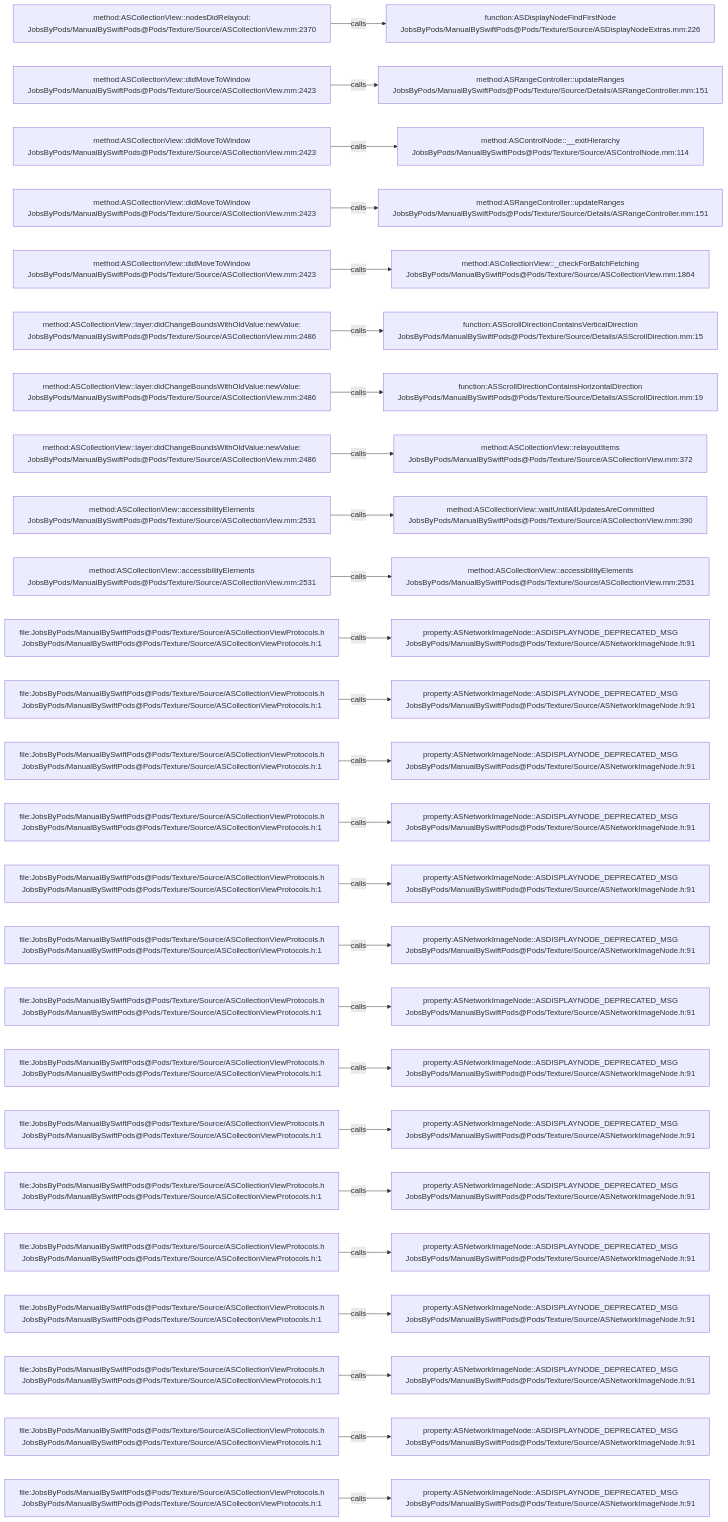
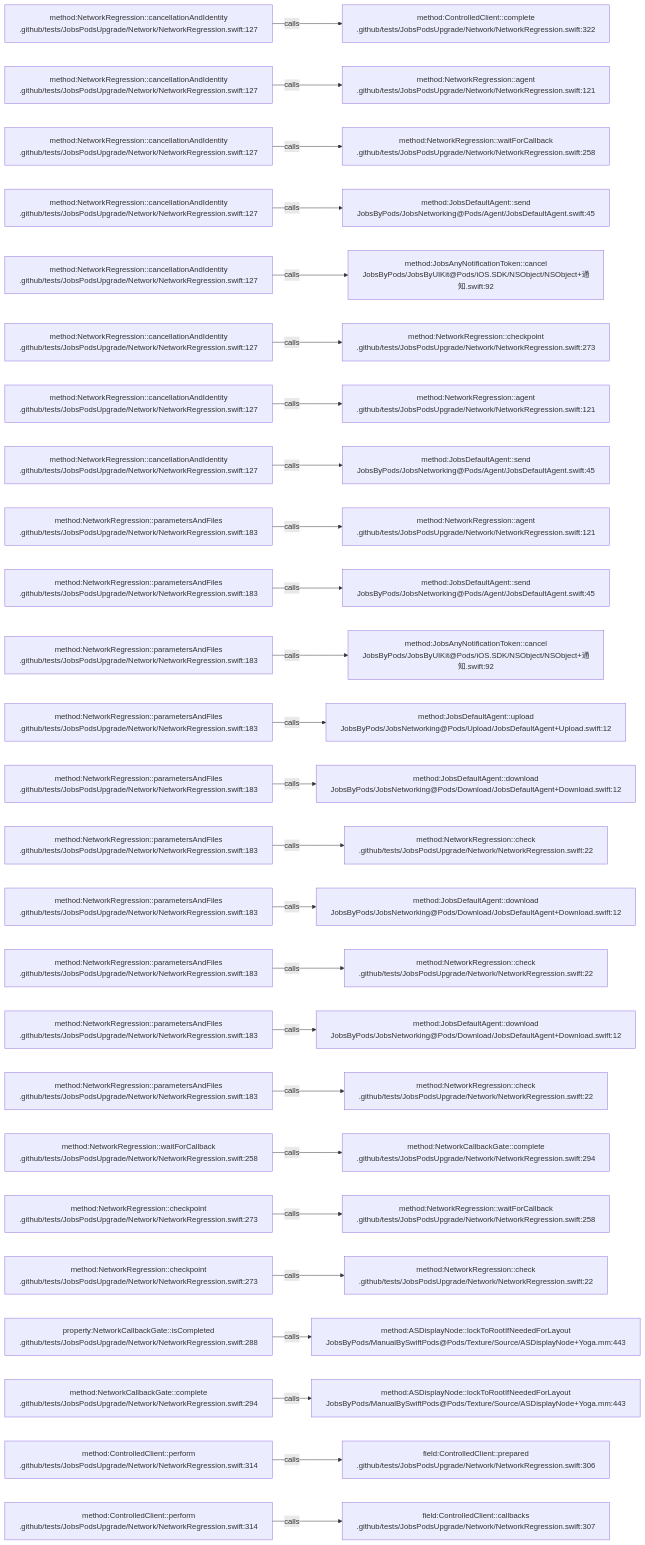
Before and after one commit to JobsKits/JobsSwiftBaseConfigDemo: the diagram in .codegraph/codegraph.md/graphs/calls-015.md, drawn with Mermaid. The commit also changed 224 other files, not shown here.

````diff
--- a/.codegraph/codegraph.md/graphs/calls-015.md
+++ b/.codegraph/codegraph.md/graphs/calls-015.md
@@ -13,78 +13,78 @@
 ```mermaid
 flowchart LR
-  S1["method:ASCollectionView::nodesDidRelayout:<br/>JobsByPods/ManualBySwiftPods@Pods/Texture/Source/ASCollectionView.mm:2370"]
-  T1["function:ASDisplayNodeFindFirstNode<br/>JobsByPods/ManualBySwiftPods@Pods/Texture/Source/ASDisplayNodeExtras.mm:226"]
+  S1["method:NetworkRegression::cancellationAndIdentity<br/>.github/tests/JobsPodsUpgrade/Network/NetworkRegression.swift:127"]
+  T1["method:ControlledClient::complete<br/>.github/tests/JobsPodsUpgrade/Network/NetworkRegression.swift:322"]
   S1 -->|calls| T1
-  S2["method:ASCollectionView::didMoveToWindow<br/>JobsByPods/ManualBySwiftPods@Pods/Texture/Source/ASCollectionView.mm:2423"]
-  T2["method:ASRangeController::updateRanges<br/>JobsByPods/ManualBySwiftPods@Pods/Texture/Source/Details/ASRangeController.mm:151"]
+  S2["method:NetworkRegression::cancellationAndIdentity<br/>.github/tests/JobsPodsUpgrade/Network/NetworkRegression.swift:127"]
+  T2["method:NetworkRegression::agent<br/>.github/tests/JobsPodsUpgrade/Network/NetworkRegression.swift:121"]
   S2 -->|calls| T2
-  S3["method:ASCollectionView::didMoveToWindow<br/>JobsByPods/ManualBySwiftPods@Pods/Texture/Source/ASCollectionView.mm:2423"]
-  T3["method:ASControlNode::__exitHierarchy<br/>JobsByPods/ManualBySwiftPods@Pods/Texture/Source/ASControlNode.mm:114"]
+  S3["method:NetworkRegression::cancellationAndIdentity<br/>.github/tests/JobsPodsUpgrade/Network/NetworkRegression.swift:127"]
+  T3["method:NetworkRegression::waitForCallback<br/>.github/tests/JobsPodsUpgrade/Network/NetworkRegression.swift:258"]
   S3 -->|calls| T3
-  S4["method:ASCollectionView::didMoveToWindow<br/>JobsByPods/ManualBySwiftPods@Pods/Texture/Source/ASCollectionView.mm:2423"]
-  T4["method:ASRangeController::updateRanges<br/>JobsByPods/ManualBySwiftPods@Pods/Texture/Source/Details/ASRangeController.mm:151"]
+  S4["method:NetworkRegression::cancellationAndIdentity<br/>.github/tests/JobsPodsUpgrade/Network/NetworkRegression.swift:127"]
+  T4["method:JobsDefaultAgent::send<br/>JobsByPods/JobsNetworking@Pods/Agent/JobsDefaultAgent.swift:45"]
   S4 -->|calls| T4
-  S5["method:ASCollectionView::didMoveToWindow<br/>JobsByPods/ManualBySwiftPods@Pods/Texture/Source/ASCollectionView.mm:2423"]
-  T5["method:ASCollectionView::_checkForBatchFetching<br/>JobsByPods/ManualBySwiftPods@Pods/Texture/Source/ASCollectionView.mm:1864"]
+  S5["method:NetworkRegression::cancellationAndIdentity<br/>.github/tests/JobsPodsUpgrade/Network/NetworkRegression.swift:127"]
+  T5["method:JobsAnyNotificationToken::cancel<br/>JobsByPods/JobsByUIKit@Pods/iOS.SDK/NSObject/NSObject+通知.swift:92"]
   S5 -->|calls| T5
-  S6["method:ASCollectionView::layer:didChangeBoundsWithOldValue:newValue:<br/>JobsByPods/ManualBySwiftPods@Pods/Texture/Source/ASCollectionView.mm:2486"]
-  T6["function:ASScrollDirectionContainsVerticalDirection<br/>JobsByPods/ManualBySwiftPods@Pods/Texture/Source/Details/ASScrollDirection.mm:15"]
+  S6["method:NetworkRegression::cancellationAndIdentity<br/>.github/tests/JobsPodsUpgrade/Network/NetworkRegression.swift:127"]
+  T6["method:NetworkRegression::checkpoint<br/>.github/tests/JobsPodsUpgrade/Network/NetworkRegression.swift:273"]
   S6 -->|calls| T6
-  S7["method:ASCollectionView::layer:didChangeBoundsWithOldValue:newValue:<br/>JobsByPods/ManualBySwiftPods@Pods/Texture/Source/ASCollectionView.mm:2486"]
-  T7["function:ASScrollDirectionContainsHorizontalDirection<br/>JobsByPods/ManualBySwiftPods@Pods/Texture/Source/Details/ASScrollDirection.mm:19"]
+  S7["method:NetworkRegression::cancellationAndIdentity<br/>.github/tests/JobsPodsUpgrade/Network/NetworkRegression.swift:127"]
+  T7["method:NetworkRegression::agent<br/>.github/tests/JobsPodsUpgrade/Network/NetworkRegression.swift:121"]
   S7 -->|calls| T7
-  S8["method:ASCollectionView::layer:didChangeBoundsWithOldValue:newValue:<br/>JobsByPods/ManualBySwiftPods@Pods/Texture/Source/ASCollectionView.mm:2486"]
-  T8["method:ASCollectionView::relayoutItems<br/>JobsByPods/ManualBySwiftPods@Pods/Texture/Source/ASCollectionView.mm:372"]
+  S8["method:NetworkRegression::cancellationAndIdentity<br/>.github/tests/JobsPodsUpgrade/Network/NetworkRegression.swift:127"]
+  T8["method:JobsDefaultAgent::send<br/>JobsByPods/JobsNetworking@Pods/Agent/JobsDefaultAgent.swift:45"]
   S8 -->|calls| T8
-  S9["method:ASCollectionView::accessibilityElements<br/>JobsByPods/ManualBySwiftPods@Pods/Texture/Source/ASCollectionView.mm:2531"]
-  T9["method:ASCollectionView::waitUntilAllUpdatesAreCommitted<br/>JobsByPods/ManualBySwiftPods@Pods/Texture/Source/ASCollectionView.mm:390"]
+  S9["method:NetworkRegression::parametersAndFiles<br/>.github/tests/JobsPodsUpgrade/Network/NetworkRegression.swift:183"]
+  T9["method:NetworkRegression::agent<br/>.github/tests/JobsPodsUpgrade/Network/NetworkRegression.swift:121"]
   S9 -->|calls| T9
-  S10["method:ASCollectionView::accessibilityElements<br/>JobsByPods/ManualBySwiftPods@Pods/Texture/Source/ASCollectionView.mm:2531"]
-  T10["method:ASCollectionView::accessibilityElements<br/>JobsByPods/ManualBySwiftPods@Pods/Texture/Source/ASCollectionView.mm:2531"]
+  S10["method:NetworkRegression::parametersAndFiles<br/>.github/tests/JobsPodsUpgrade/Network/NetworkRegression.swift:183"]
+  T10["method:JobsDefaultAgent::send<br/>JobsByPods/JobsNetworking@Pods/Agent/JobsDefaultAgent.swift:45"]
   S10 -->|calls| T10
-  S11["file:JobsByPods/ManualBySwiftPods@Pods/Texture/Source/ASCollectionViewProtocols.h<br/>JobsByPods/ManualBySwiftPods@Pods/Texture/Source/ASCollectionViewProtocols.h:1"]
-  T11["property:ASNetworkImageNode::ASDISPLAYNODE_DEPRECATED_MSG<br/>JobsByPods/ManualBySwiftPods@Pods/Texture/Source/ASNetworkImageNode.h:91"]
+  S11["method:NetworkRegression::parametersAndFiles<br/>.github/tests/JobsPodsUpgrade/Network/NetworkRegression.swift:183"]
+  T11["method:JobsAnyNotificationToken::cancel<br/>JobsByPods/JobsByUIKit@Pods/iOS.SDK/NSObject/NSObject+通知.swift:92"]
   S11 -->|calls| T11
-  S12["file:JobsByPods/ManualBySwiftPods@Pods/Texture/Source/ASCollectionViewProtocols.h<br/>JobsByPods/ManualBySwiftPods@Pods/Texture/Source/ASCollectionViewProtocols.h:1"]
-  T12["property:ASNetworkImageNode::ASDISPLAYNODE_DEPRECATED_MSG<br/>JobsByPods/ManualBySwiftPods@Pods/Texture/Source/ASNetworkImageNode.h:91"]
+  S12["method:NetworkRegression::parametersAndFiles<br/>.github/tests/JobsPodsUpgrade/Network/NetworkRegression.swift:183"]
+  T12["method:JobsDefaultAgent::upload<br/>JobsByPods/JobsNetworking@Pods/Upload/JobsDefaultAgent+Upload.swift:12"]
   S12 -->|calls| T12
-  S13["file:JobsByPods/ManualBySwiftPods@Pods/Texture/Source/ASCollectionViewProtocols.h<br/>JobsByPods/ManualBySwiftPods@Pods/Texture/Source/ASCollectionViewProtocols.h:1"]
-  T13["property:ASNetworkImageNode::ASDISPLAYNODE_DEPRECATED_MSG<br/>JobsByPods/ManualBySwiftPods@Pods/Texture/Source/ASNetworkImageNode.h:91"]
+  S13["method:NetworkRegression::parametersAndFiles<br/>.github/tests/JobsPodsUpgrade/Network/NetworkRegression.swift:183"]
+  T13["method:JobsDefaultAgent::download<br/>JobsByPods/JobsNetworking@Pods/Download/JobsDefaultAgent+Download.swift:12"]
   S13 -->|calls| T13
-  S14["file:JobsByPods/ManualBySwiftPods@Pods/Texture/Source/ASCollectionViewProtocols.h<br/>JobsByPods/ManualBySwiftPods@Pods/Texture/Source/ASCollectionViewProtocols.h:1"]
-  T14["property:ASNetworkImageNode::ASDISPLAYNODE_DEPRECATED_MSG<br/>JobsByPods/ManualBySwiftPods@Pods/Texture/Source/ASNetworkImageNode.h:91"]
+  S14["method:NetworkRegression::parametersAndFiles<br/>.github/tests/JobsPodsUpgrade/Network/NetworkRegression.swift:183"]
+  T14["method:NetworkRegression::check<br/>.github/tests/JobsPodsUpgrade/Network/NetworkRegression.swift:22"]
   S14 -->|calls| T14
-  S15["file:JobsByPods/ManualBySwiftPods@Pods/Texture/Source/ASCollectionViewProtocols.h<br/>JobsByPods/ManualBySwiftPods@Pods/Texture/Source/ASCollectionViewProtocols.h:1"]
-  T15["property:ASNetworkImageNode::ASDISPLAYNODE_DEPRECATED_MSG<br/>JobsByPods/ManualBySwiftPods@Pods/Texture/Source/ASNetworkImageNode.h:91"]
+  S15["method:NetworkRegression::parametersAndFiles<br/>.github/tests/JobsPodsUpgrade/Network/NetworkRegression.swift:183"]
+  T15["method:JobsDefaultAgent::download<br/>JobsByPods/JobsNetworking@Pods/Download/JobsDefaultAgent+Download.swift:12"]
   S15 -->|calls| T15
-  S16["file:JobsByPods/ManualBySwiftPods@Pods/Texture/Source/ASCollectionViewProtocols.h<br/>JobsByPods/ManualBySwiftPods@Pods/Texture/Source/ASCollectionViewProtocols.h:1"]
-  T16["property:ASNetworkImageNode::ASDISPLAYNODE_DEPRECATED_MSG<br/>JobsByPods/ManualBySwiftPods@Pods/Texture/Source/ASNetworkImageNode.h:91"]
+  S16["method:NetworkRegression::parametersAndFiles<br/>.github/tests/JobsPodsUpgrade/Network/NetworkRegression.swift:183"]
+  T16["method:NetworkRegression::check<br/>.github/tests/JobsPodsUpgrade/Network/NetworkRegression.swift:22"]
   S16 -->|calls| T16
-  S17["file:JobsByPods/ManualBySwiftPods@Pods/Texture/Source/ASCollectionViewProtocols.h<br/>JobsByPods/ManualBySwiftPods@Pods/Texture/Source/ASCollectionViewProtocols.h:1"]
-  T17["property:ASNetworkImageNode::ASDISPLAYNODE_DEPRECATED_MSG<br/>JobsByPods/ManualBySwiftPods@Pods/Texture/Source/ASNetworkImageNode.h:91"]
+  S17["method:NetworkRegression::parametersAndFiles<br/>.github/tests/JobsPodsUpgrade/Network/NetworkRegression.swift:183"]
+  T17["method:JobsDefaultAgent::download<br/>JobsByPods/JobsNetworking@Pods/Download/JobsDefaultAgent+Download.swift:12"]
   S17 -->|calls| T17
-  S18["file:JobsByPods/ManualBySwiftPods@Pods/Texture/Source/ASCollectionViewProtocols.h<br/>JobsByPods/ManualBySwiftPods@Pods/Texture/Source/ASCollectionViewProtocols.h:1"]
-  T18["property:ASNetworkImageNode::ASDISPLAYNODE_DEPRECATED_MSG<br/>JobsByPods/ManualBySwiftPods@Pods/Texture/Source/ASNetworkImageNode.h:91"]
+  S18["method:NetworkRegression::parametersAndFiles<br/>.github/tests/JobsPodsUpgrade/Network/NetworkRegression.swift:183"]
+  T18["method:NetworkRegression::check<br/>.github/tests/JobsPodsUpgrade/Network/NetworkRegression.swift:22"]
   S18 -->|calls| T18
-  S19["file:JobsByPods/ManualBySwiftPods@Pods/Texture/Source/ASCollectionViewProtocols.h<br/>JobsByPods/ManualBySwiftPods@Pods/Texture/Source/ASCollectionViewProtocols.h:1"]
-  T19["property:ASNetworkImageNode::ASDISPLAYNODE_DEPRECATED_MSG<br/>JobsByPods/ManualBySwiftPods@Pods/Texture/Source/ASNetworkImageNode.h:91"]
+  S19["method:NetworkRegression::waitForCallback<br/>.github/tests/JobsPodsUpgrade/Network/NetworkRegression.swift:258"]
+  T19["method:NetworkCallbackGate::complete<br/>.github/tests/JobsPodsUpgrade/Network/NetworkRegression.swift:294"]
   S19 -->|calls| T19
-  S20["file:JobsByPods/ManualBySwiftPods@Pods/Texture/Source/ASCollectionViewProtocols.h<br/>JobsByPods/ManualBySwiftPods@Pods/Texture/Source/ASCollectionViewProtocols.h:1"]
-  T20["property:ASNetworkImageNode::ASDISPLAYNODE_DEPRECATED_MSG<br/>JobsByPods/ManualBySwiftPods@Pods/Texture/Source/ASNetworkImageNode.h:91"]
+  S20["method:NetworkRegression::checkpoint<br/>.github/tests/JobsPodsUpgrade/Network/NetworkRegression.swift:273"]
+  T20["method:NetworkRegression::waitForCallback<br/>.github/tests/JobsPodsUpgrade/Network/NetworkRegression.swift:258"]
   S20 -->|calls| T20
-  S21["file:JobsByPods/ManualBySwiftPods@Pods/Texture/Source/ASCollectionViewProtocols.h<br/>JobsByPods/ManualBySwiftPods@Pods/Texture/Source/ASCollectionViewProtocols.h:1"]
-  T21["property:ASNetworkImageNode::ASDISPLAYNODE_DEPRECATED_MSG<br/>JobsByPods/ManualBySwiftPods@Pods/Texture/Source/ASNetworkImageNode.h:91"]
+  S21["method:NetworkRegression::checkpoint<br/>.github/tests/JobsPodsUpgrade/Network/NetworkRegression.swift:273"]
+  T21["method:NetworkRegression::check<br/>.github/tests/JobsPodsUpgrade/Network/NetworkRegression.swift:22"]
   S21 -->|calls| T21
-  S22["file:JobsByPods/ManualBySwiftPods@Pods/Texture/Source/ASCollectionViewProtocols.h<br/>JobsByPods/ManualBySwiftPods@Pods/Texture/Source/ASCollectionViewProtocols.h:1"]
-  T22["property:ASNetworkImageNode::ASDISPLAYNODE_DEPRECATED_MSG<br/>JobsByPods/ManualBySwiftPods@Pods/Texture/Source/ASNetworkImageNode.h:91"]
+  S22["property:NetworkCallbackGate::isCompleted<br/>.github/tests/JobsPodsUpgrade/Network/NetworkRegression.swift:288"]
+  T22["method:ASDisplayNode::lockToRootIfNeededForLayout<br/>JobsByPods/ManualBySwiftPods@Pods/Texture/Source/ASDisplayNode+Yoga.mm:443"]
   S22 -->|calls| T22
-  S23["file:JobsByPods/ManualBySwiftPods@Pods/Texture/Source/ASCollectionViewProtocols.h<br/>JobsByPods/ManualBySwiftPods@Pods/Texture/Source/ASCollectionViewProtocols.h:1"]
-  T23["property:ASNetworkImageNode::ASDISPLAYNODE_DEPRECATED_MSG<br/>JobsByPods/ManualBySwiftPods@Pods/Texture/Source/ASNetworkImageNode.h:91"]
+  S23["method:NetworkCallbackGate::complete<br/>.github/tests/JobsPodsUpgrade/Network/NetworkRegression.swift:294"]
+  T23["method:ASDisplayNode::lockToRootIfNeededForLayout<br/>JobsByPods/ManualBySwiftPods@Pods/Texture/Source/ASDisplayNode+Yoga.mm:443"]
   S23 -->|calls| T23
-  S24["file:JobsByPods/ManualBySwiftPods@Pods/Texture/Source/ASCollectionViewProtocols.h<br/>JobsByPods/ManualBySwiftPods@Pods/Texture/Source/ASCollectionViewProtocols.h:1"]
-  T24["property:ASNetworkImageNode::ASDISPLAYNODE_DEPRECATED_MSG<br/>JobsByPods/ManualBySwiftPods@Pods/Texture/Source/ASNetworkImageNode.h:91"]
+  S24["method:ControlledClient::perform<br/>.github/tests/JobsPodsUpgrade/Network/NetworkRegression.swift:314"]
+  T24["field:ControlledClient::prepared<br/>.github/tests/JobsPodsUpgrade/Network/NetworkRegression.swift:306"]
   S24 -->|calls| T24
-  S25["file:JobsByPods/ManualBySwiftPods@Pods/Texture/Source/ASCollectionViewProtocols.h<br/>JobsByPods/ManualBySwiftPods@Pods/Texture/Source/ASCollectionViewProtocols.h:1"]
-  T25["property:ASNetworkImageNode::ASDISPLAYNODE_DEPRECATED_MSG<br/>JobsByPods/ManualBySwiftPods@Pods/Texture/Source/ASNetworkImageNode.h:91"]
+  S25["method:ControlledClient::perform<br/>.github/tests/JobsPodsUpgrade/Network/NetworkRegression.swift:314"]
+  T25["field:ControlledClient::callbacks<br/>.github/tests/JobsPodsUpgrade/Network/NetworkRegression.swift:307"]
   S25 -->|calls| T25
 ```
````
